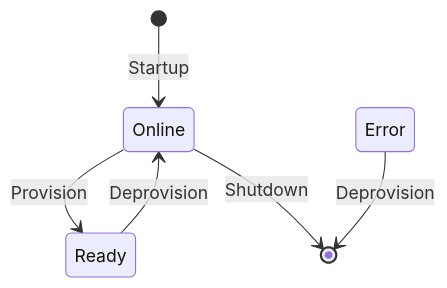
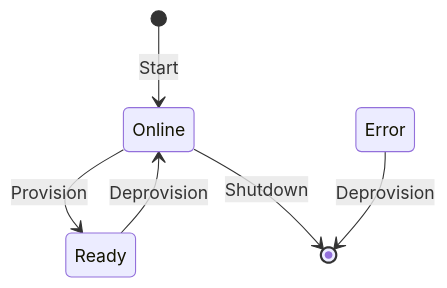
One commit to bitomia/realm changed the diagram in docs/nodes.md. Above: the diagram before and after it, drawn with Mermaid.

Commit message:
doc: node state diagram update

````diff
--- a/docs/nodes.md
+++ b/docs/nodes.md
@@ -1,8 +1,8 @@
 ```mermaid
 stateDiagram-v2
-    [*] --> Online: Startup
+    [*] --> Online: Start
     Online --> Ready: Provision
     Ready --> Online: Deprovision
     Online --> [*]: Shutdown
     Error --> [*]: Deprovision
 ```
````
